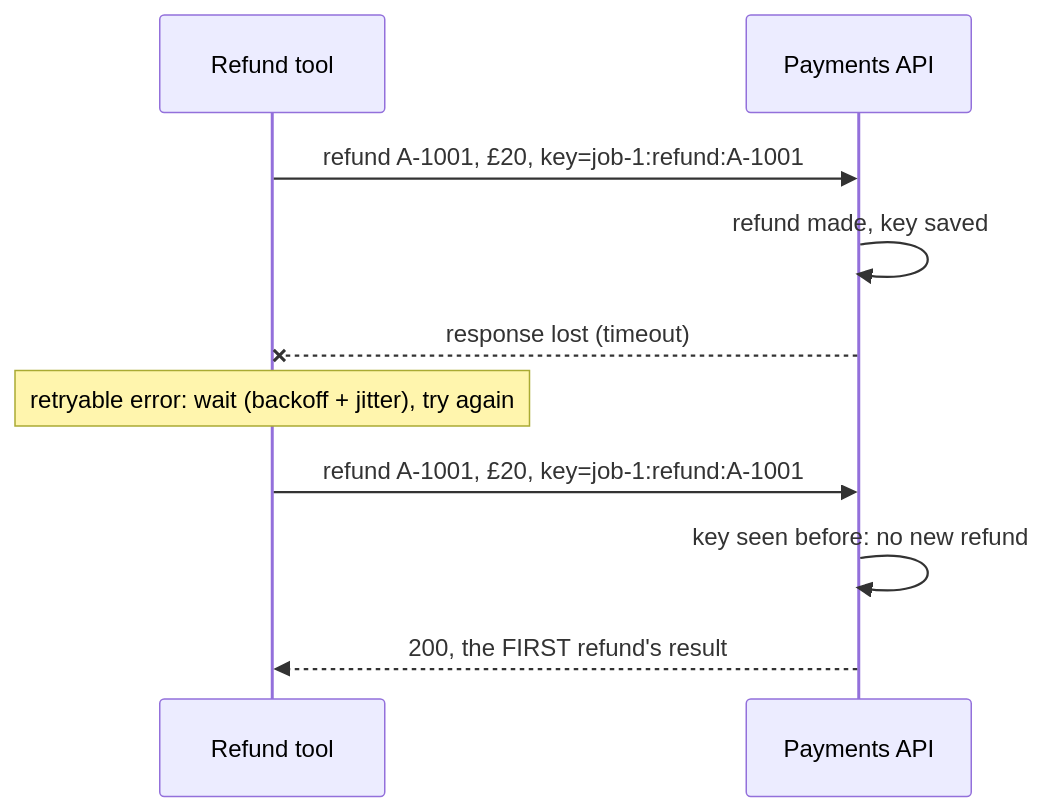
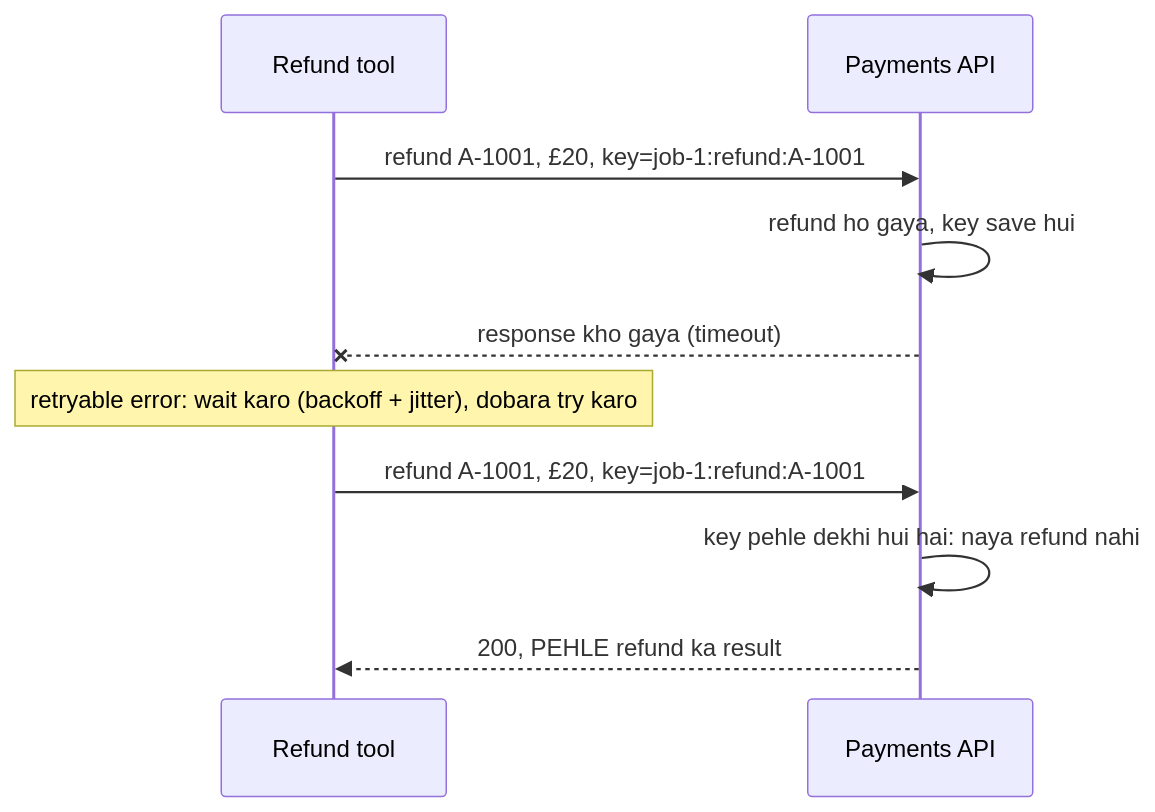
Before and after one commit to asmustechno/agentic-ai-notes: the first of 2 diagrams in docs/15-production-and-deployment/15.3-queues-retries-and-idempotency.md, drawn with Mermaid. The commit also changed other lines of this file and 135 other files, not shown here.

````diff
--- a/docs/15-production-and-deployment/15.3-queues-retries-and-idempotency.md
+++ b/docs/15-production-and-deployment/15.3-queues-retries-and-idempotency.md
@@ -42,12 +44,12 @@
 ```mermaid
 sequenceDiagram
     participant T as Refund tool
     participant P as Payments API
     T->>P: refund A-1001, £20, key=job-1:refund:A-1001
-    P->>P: refund made, key saved
-    P--xT: response lost (timeout)
-    Note over T: retryable error: wait (backoff + jitter), try again
+    P->>P: refund ho gaya, key save hui
+    P--xT: response kho gaya (timeout)
+    Note over T: retryable error: wait karo (backoff + jitter), dobara try karo
     T->>P: refund A-1001, £20, key=job-1:refund:A-1001
-    P->>P: key seen before: no new refund
-    P-->>T: 200, the FIRST refund's result
+    P->>P: key pehle dekhi hui hai: naya refund nahi
+    P-->>T: 200, PEHLE refund ka result
 ```
````
